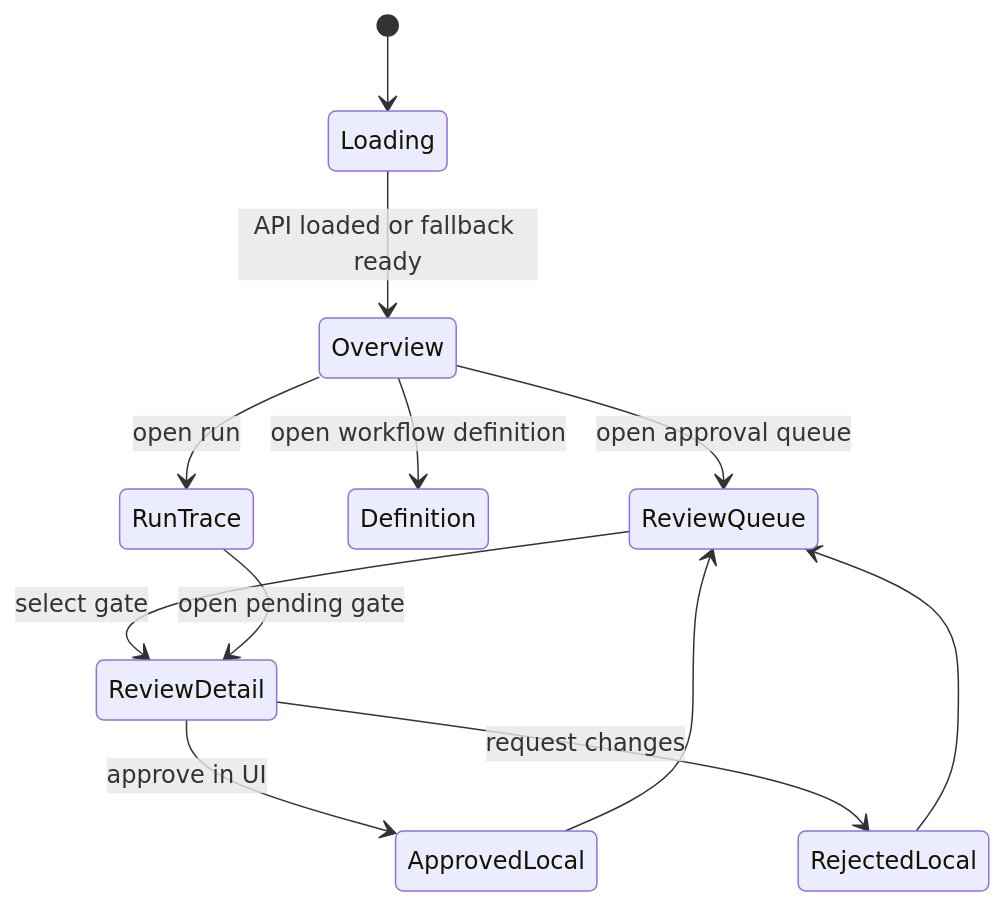
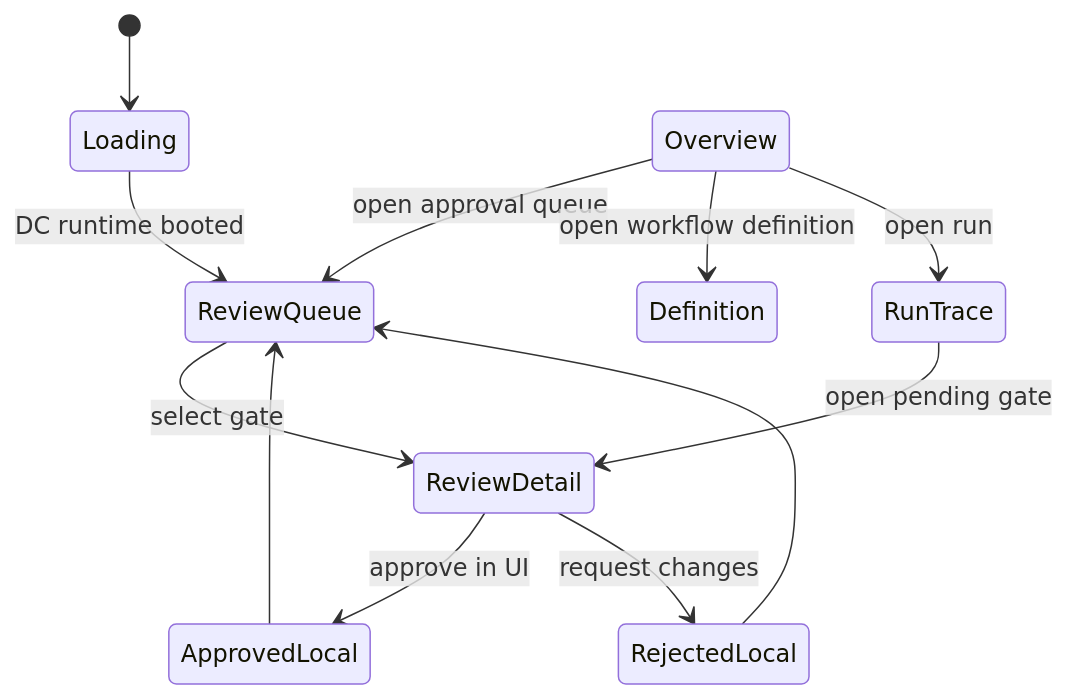
Before and after one commit to Unson-LLC/brainbase: the second of 2 diagrams in docs/architecture/meeting-workflow-pack-cockpit-ui-architecture.md, drawn with Mermaid. The commit also changed other lines of this file and 6 other files, not shown here.

````diff
--- a/docs/architecture/meeting-workflow-pack-cockpit-ui-architecture.md
+++ b/docs/architecture/meeting-workflow-pack-cockpit-ui-architecture.md
@@ -71,14 +58,14 @@
 ```mermaid
 stateDiagram-v2
   [*] --> Loading
-  Loading --> Overview: API loaded or fallback ready
+  Loading --> ReviewQueue: DC runtime booted
   Overview --> ReviewQueue: open approval queue
   Overview --> Definition: open workflow definition
   ReviewQueue --> ReviewDetail: select gate
   ReviewDetail --> ApprovedLocal: approve in UI
   ReviewDetail --> RejectedLocal: request changes
   ApprovedLocal --> ReviewQueue
   RejectedLocal --> ReviewQueue
   Overview --> RunTrace: open run
   RunTrace --> ReviewDetail: open pending gate
 ```
````
